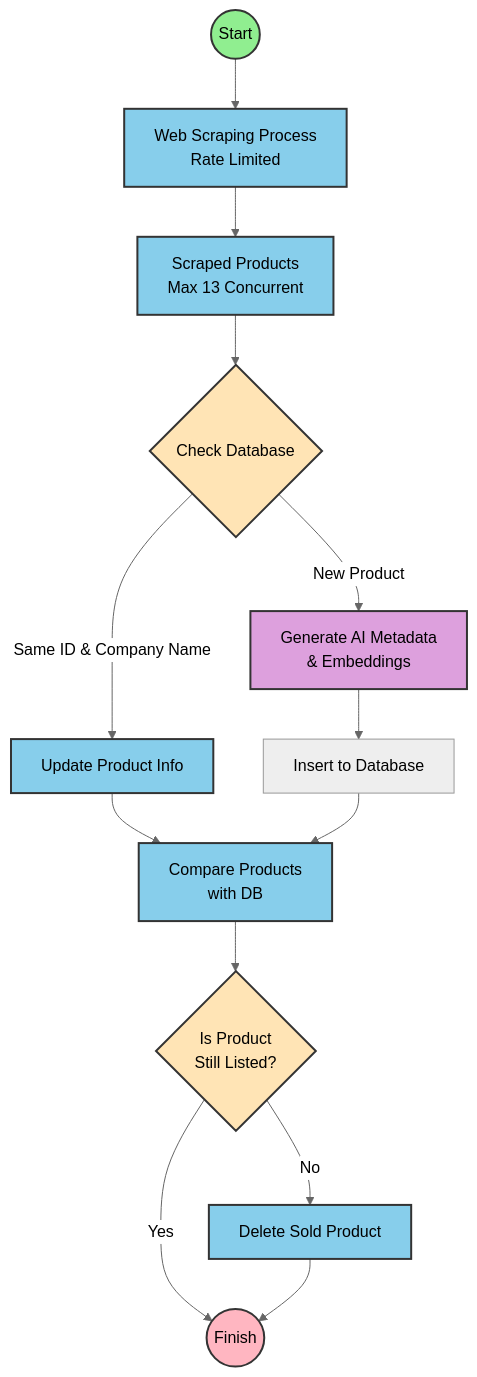
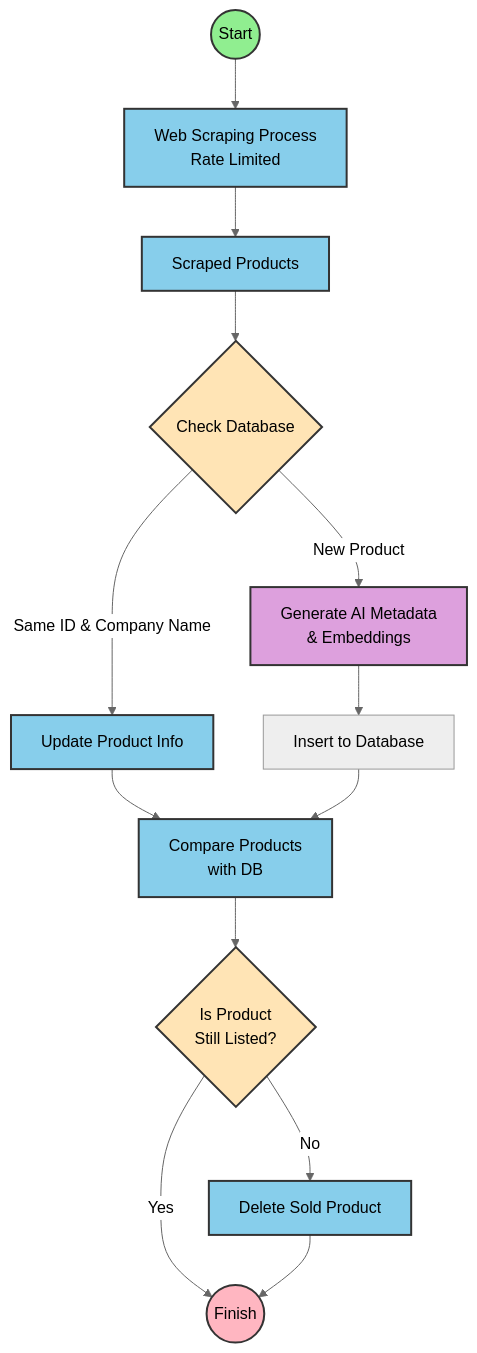
The diagram in README.md (laguagu/kalustehaku), drawn with Mermaid (neutral theme) before and after one commit.

````diff
--- a/README.md
+++ b/README.md
@@ -325,31 +325,31 @@
 ```mermaid
 flowchart TD
     A((Start)) --> B[Web Scraping Process<br>Rate Limited]
-    B --> C[Scraped Products<br>Max 13 Concurrent]
+    B --> C[Scraped Products]
     
     C --> D{Check Database}
     D -->|Same ID & Company Name| E[Update Product Info]
     D -->|New Product| F[Generate AI Metadata<br>& Embeddings]
     
     F --> G[Insert to Database]
     
     E --> H[Compare Products<br>with DB]
     G --> H
     
     H --> I{Is Product<br>Still Listed?}
     I -->|No| J[Delete Sold Product]
     I -->|Yes| K((Finish))
     J --> K
     
     classDef startNode fill:#90EE90,stroke:#333,stroke-width:2px
     classDef endNode fill:#FFB6C1,stroke:#333,stroke-width:2px
     classDef checkNode fill:#FFE4B5,stroke:#333,stroke-width:2px
     classDef processNode fill:#87CEEB,stroke:#333,stroke-width:2px
     classDef aiNode fill:#DDA0DD,stroke:#333,stroke-width:2px
     
     class A startNode
     class K endNode
     class D,I checkNode
     class B,C,E,H,J processNode
     class F aiNode
 ```
````
